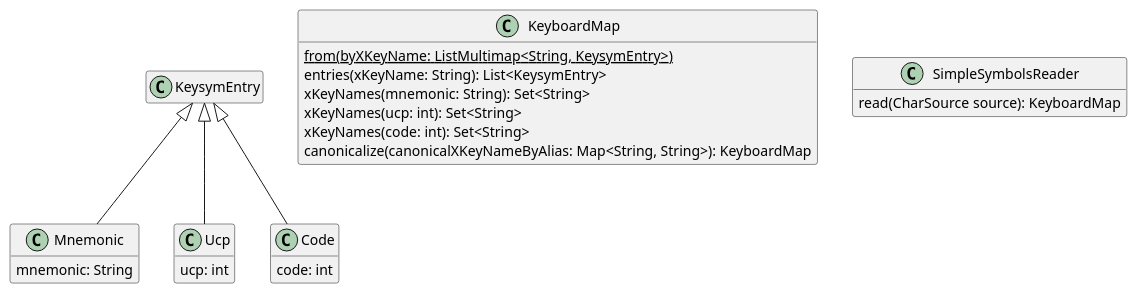
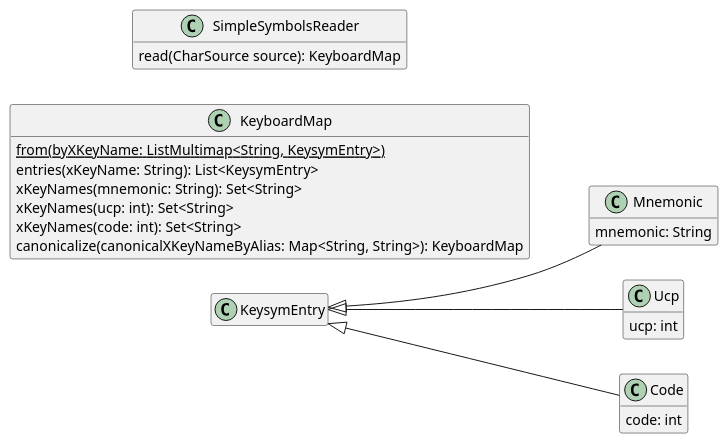
The diagram in Mapping.wsd (oliviercailloux/Keyboardd), drawn with PlantUML before and after one commit.

Commit message:
Mapping diag

```diff
--- a/Mapping.wsd
+++ b/Mapping.wsd
@@ -1,32 +1,33 @@
-@startuml Main classes
+@startuml Mapping
 hide empty members
+left to right direction
 
 class "KeysymEntry" {}
 class "Mnemonic" {
   mnemonic: String
 }
 class "Ucp" {
   ucp: int
 }
 class "Code" {
   code: int
 }
+
+"KeysymEntry" <|-- "Mnemonic"
+"KeysymEntry" <|-- "Ucp"
+"KeysymEntry" <|-- "Code"
 
 class "KeyboardMap" {
   {static} from(byXKeyName: ListMultimap<String, KeysymEntry>)
   entries(xKeyName: String): List<KeysymEntry>
   xKeyNames(mnemonic: String): Set<String>
   xKeyNames(ucp: int): Set<String>
   xKeyNames(code: int): Set<String>
   canonicalize(canonicalXKeyNameByAlias: Map<String, String>): KeyboardMap
 }
 
 class "SimpleSymbolsReader" {
   read(CharSource source): KeyboardMap
 }
 
-"KeysymEntry" <|-- "Mnemonic"
-"KeysymEntry" <|-- "Ucp"
-"KeysymEntry" <|-- "Code"
-
 @enduml
```
